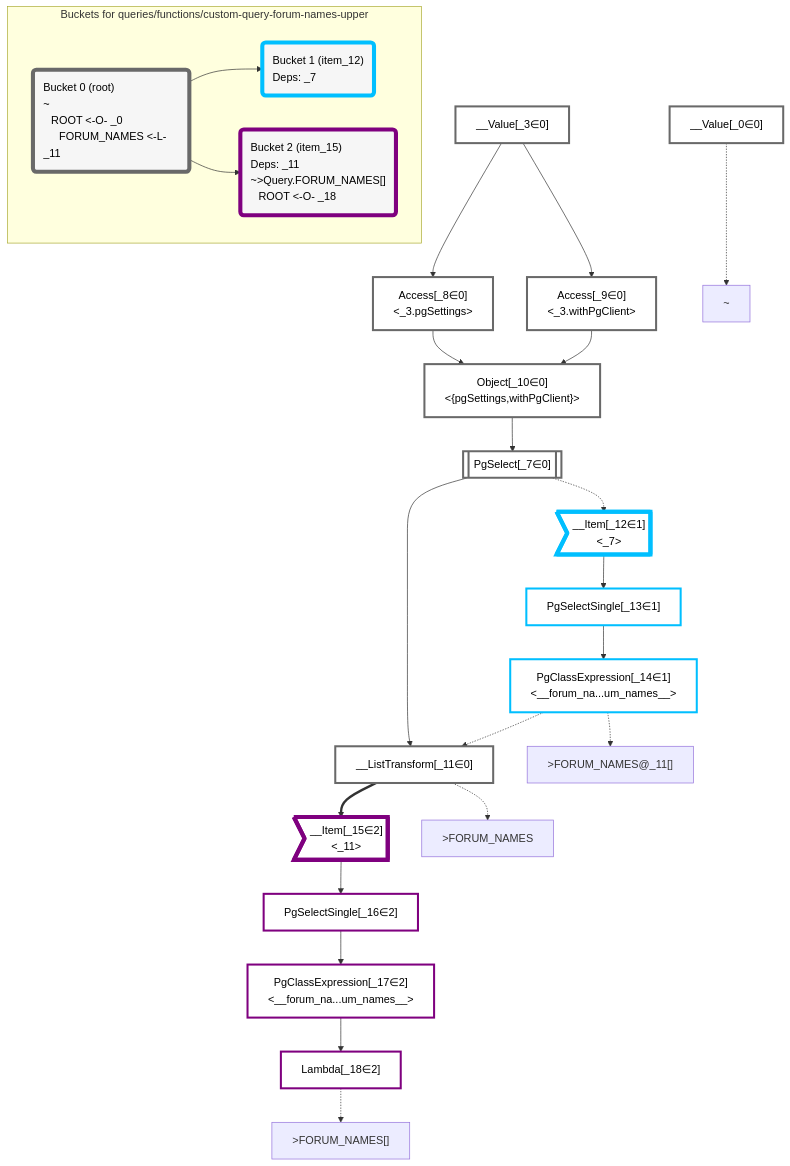
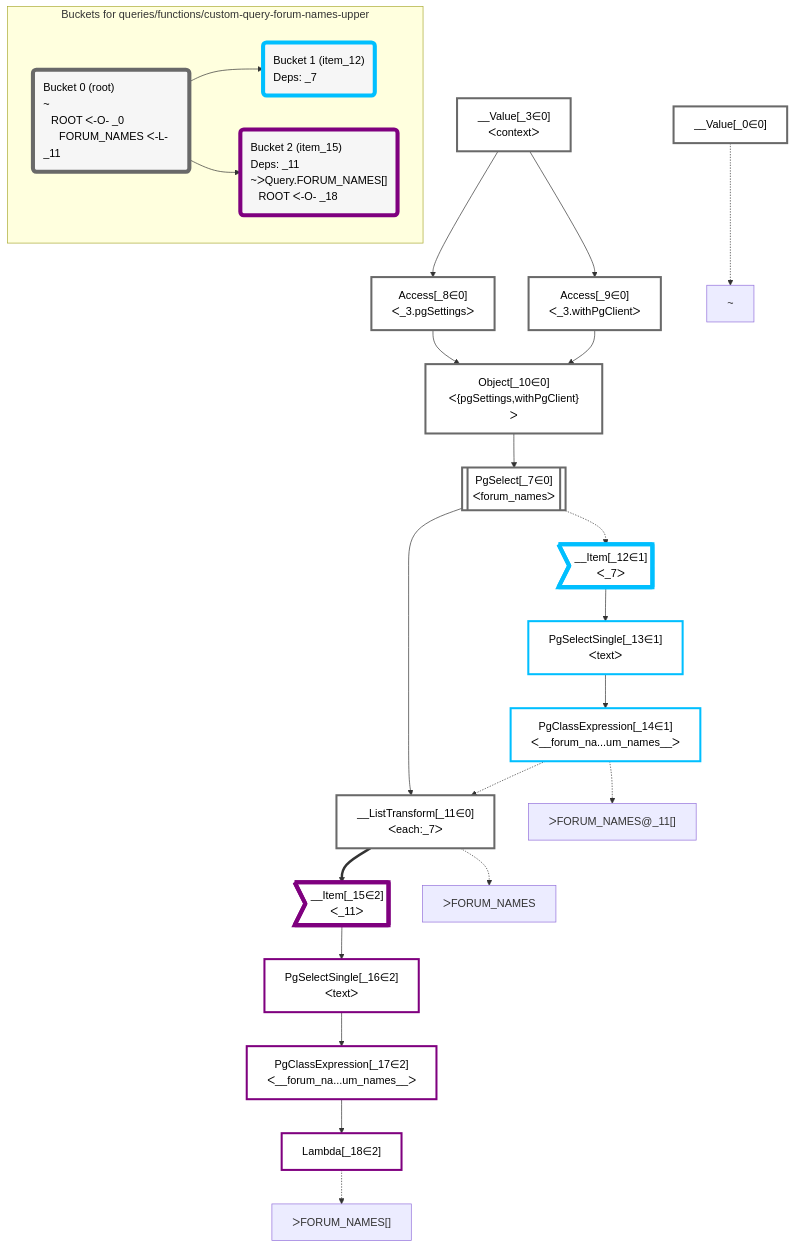
One commit to graphile/crystal changed the diagram in packages/dataplan-pg/__tests__/queries/functions/custom-query-forum-names-upper.mermaid.md. Above: the diagram before and after it, drawn with Mermaid. The commit also changed 195 other files, not shown here.

````diff
--- a/packages/dataplan-pg/__tests__/queries/functions/custom-query-forum-names-upper.mermaid.md
+++ b/packages/dataplan-pg/__tests__/queries/functions/custom-query-forum-names-upper.mermaid.md
@@ -1,70 +1,70 @@
 ```mermaid
 graph TD
     classDef path fill:#eee,stroke:#000,color:#000
     classDef plan fill:#fff,stroke-width:3px,color:#000
     classDef itemplan fill:#fff,stroke-width:6px,color:#000
     classDef sideeffectplan fill:#f00,stroke-width:6px,color:#000
     classDef bucket fill:#f6f6f6,color:#000,stroke-width:6px,text-align:left
 
 
     %% define plans
     __Value_0["__Value[_0∈0]"]:::plan
-    __Value_3["__Value[_3∈0]<br /><context>"]:::plan
-    PgSelect_7[["PgSelect[_7∈0]<br /><forum_names>"]]:::plan
-    Access_8["Access[_8∈0]<br /><_3.pgSettings>"]:::plan
-    Access_9["Access[_9∈0]<br /><_3.withPgClient>"]:::plan
-    Object_10["Object[_10∈0]<br /><{pgSettings,withPgClient}>"]:::plan
-    __ListTransform_11["__ListTransform[_11∈0]<br /><each:_7>"]:::plan
-    __Item_12>"__Item[_12∈1]<br /><_7>"]:::itemplan
-    PgSelectSingle_13["PgSelectSingle[_13∈1]<br /><text>"]:::plan
-    PgClassExpression_14["PgClassExpression[_14∈1]<br /><__forum_na...um_names__>"]:::plan
-    __Item_15>"__Item[_15∈2]<br /><_11>"]:::itemplan
-    PgSelectSingle_16["PgSelectSingle[_16∈2]<br /><text>"]:::plan
-    PgClassExpression_17["PgClassExpression[_17∈2]<br /><__forum_na...um_names__>"]:::plan
+    __Value_3["__Value[_3∈0]<br />ᐸcontextᐳ"]:::plan
+    PgSelect_7[["PgSelect[_7∈0]<br />ᐸforum_namesᐳ"]]:::plan
+    Access_8["Access[_8∈0]<br />ᐸ_3.pgSettingsᐳ"]:::plan
+    Access_9["Access[_9∈0]<br />ᐸ_3.withPgClientᐳ"]:::plan
+    Object_10["Object[_10∈0]<br />ᐸ{pgSettings,withPgClient}ᐳ"]:::plan
+    __ListTransform_11["__ListTransform[_11∈0]<br />ᐸeach:_7ᐳ"]:::plan
+    __Item_12>"__Item[_12∈1]<br />ᐸ_7ᐳ"]:::itemplan
+    PgSelectSingle_13["PgSelectSingle[_13∈1]<br />ᐸtextᐳ"]:::plan
+    PgClassExpression_14["PgClassExpression[_14∈1]<br />ᐸ__forum_na...um_names__ᐳ"]:::plan
+    __Item_15>"__Item[_15∈2]<br />ᐸ_11ᐳ"]:::itemplan
+    PgSelectSingle_16["PgSelectSingle[_16∈2]<br />ᐸtextᐳ"]:::plan
+    PgClassExpression_17["PgClassExpression[_17∈2]<br />ᐸ__forum_na...um_names__ᐳ"]:::plan
     Lambda_18["Lambda[_18∈2]"]:::plan
 
     %% plan dependencies
     Object_10 --> PgSelect_7
     __Value_3 --> Access_8
     __Value_3 --> Access_9
     Access_8 --> Object_10
     Access_9 --> Object_10
     PgSelect_7 --> __ListTransform_11
     PgClassExpression_14 -.-> __ListTransform_11
     PgSelect_7 -.-> __Item_12
     __Item_12 --> PgSelectSingle_13
     PgSelectSingle_13 --> PgClassExpression_14
     __ListTransform_11 ==> __Item_15
     __Item_15 --> PgSelectSingle_16
     PgSelectSingle_16 --> PgClassExpression_17
     PgClassExpression_17 --> Lambda_18
 
     %% plan-to-path relationships
     P_0["~"]
     __Value_0 -.-> P_0
-    P_11[">FORUM_NAMES"]
+    P_11["ᐳFORUM_NAMES"]
     __ListTransform_11 -.-> P_11
-    P_14[">FORUM_NAMES@_11[]"]
+    P_14["ᐳFORUM_NAMES@_11[]"]
     PgClassExpression_14 -.-> P_14
-    P_18[">FORUM_NAMES[]"]
+    P_18["ᐳFORUM_NAMES[]"]
     Lambda_18 -.-> P_18
 
     %% allocate buckets
     classDef bucket0 stroke:#696969
     class __Value_0,__Value_3,PgSelect_7,Access_8,Access_9,Object_10,__ListTransform_11 bucket0
     classDef bucket1 stroke:#00bfff
     class __Item_12,PgSelectSingle_13,PgClassExpression_14 bucket1
     classDef bucket2 stroke:#7f007f
     class __Item_15,PgSelectSingle_16,PgClassExpression_17,Lambda_18 bucket2
 
     subgraph "Buckets for queries/functions/custom-query-forum-names-upper"
-    Bucket0("Bucket 0 (root)<br />~<br />⠀ROOT <-O- _0<br />⠀⠀FORUM_NAMES <-L- _11"):::bucket
+    Bucket0("Bucket 0 (root)<br />~<br />⠀ROOT ᐸ-O- _0<br />⠀⠀FORUM_NAMES ᐸ-L- _11"):::bucket
     style Bucket0 stroke:#696969
     Bucket1("Bucket 1 (item_12)<br />Deps: _7"):::bucket
     style Bucket1 stroke:#00bfff
     Bucket0 --> Bucket1
-    Bucket2("Bucket 2 (item_15)<br />Deps: _11<br />~>Query.FORUM_NAMES[]<br />⠀ROOT <-O- _18"):::bucket
+    Bucket2("Bucket 2 (item_15)<br />Deps: _11<br />~ᐳQuery.FORUM_NAMES[]<br />⠀ROOT ᐸ-O- _18"):::bucket
     style Bucket2 stroke:#7f007f
     Bucket0 --> Bucket2
     end
 ```
````
